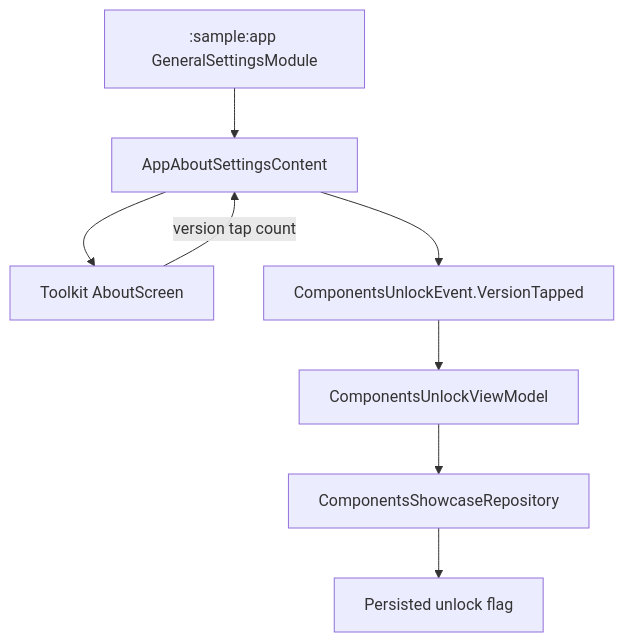
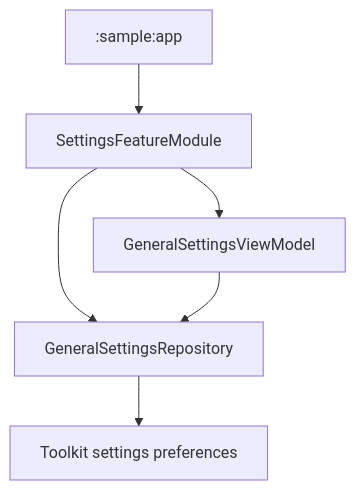
The diagram in sample/feature/settings/README.md (MihaiCristianCondrea/App-Toolkit-for-Android), drawn with Mermaid before and after one commit. The commit also changed other lines of this file and 223 other files, not shown here.

First line of the commit message:
refactor(sample): enforce strict module boundaries and decentralize features

````diff
--- a/sample/feature/settings/README.md
+++ b/sample/feature/settings/README.md
@@ -31,10 +30,8 @@
 ```mermaid
 flowchart TD
-    AppModule[":sample:app GeneralSettingsModule"] --> Content[AppAboutSettingsContent]
-    Content --> Toolkit[Toolkit AboutScreen]
-    Toolkit -->|version tap count| Content
-    Content --> Event[ComponentsUnlockEvent.VersionTapped]
-    Event --> Unlock[ComponentsUnlockViewModel]
-    Unlock --> Repo[ComponentsShowcaseRepository]
-    Repo --> Store[Persisted unlock flag]
+    App[":sample:app"] --> Module[SettingsFeatureModule]
+    Module --> Repo[GeneralSettingsRepository]
+    Module --> VM[GeneralSettingsViewModel]
+    VM --> Repo
+    Repo --> Toolkit[Toolkit settings preferences]
 ```
````
